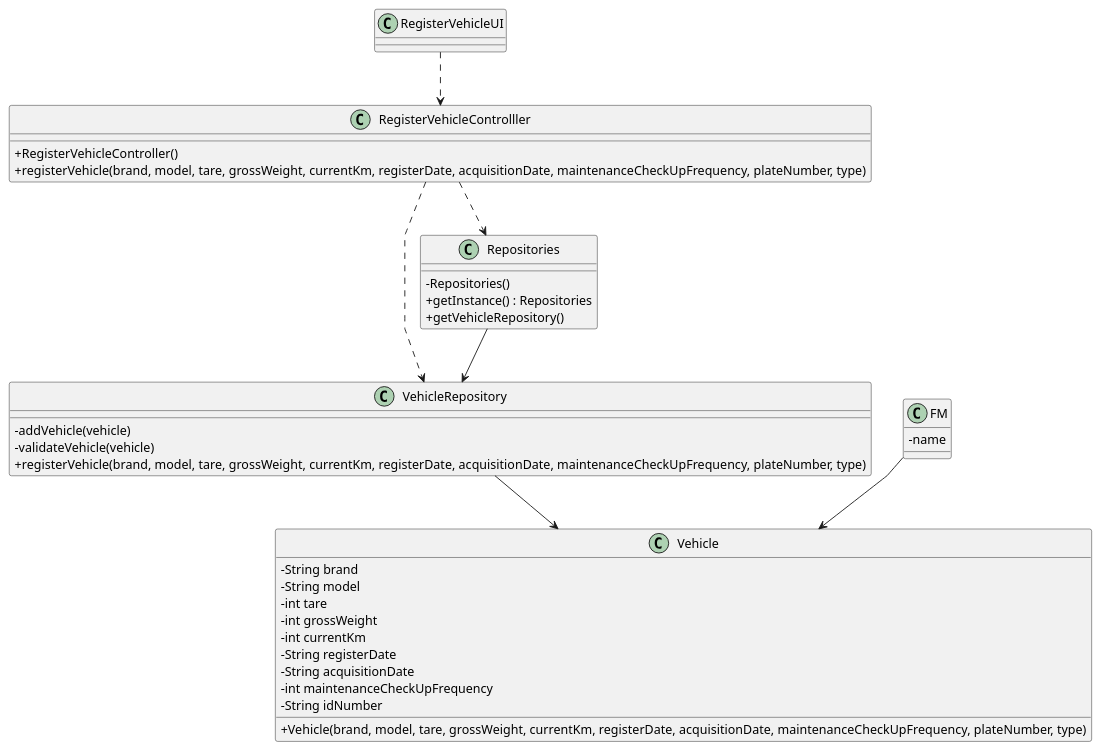
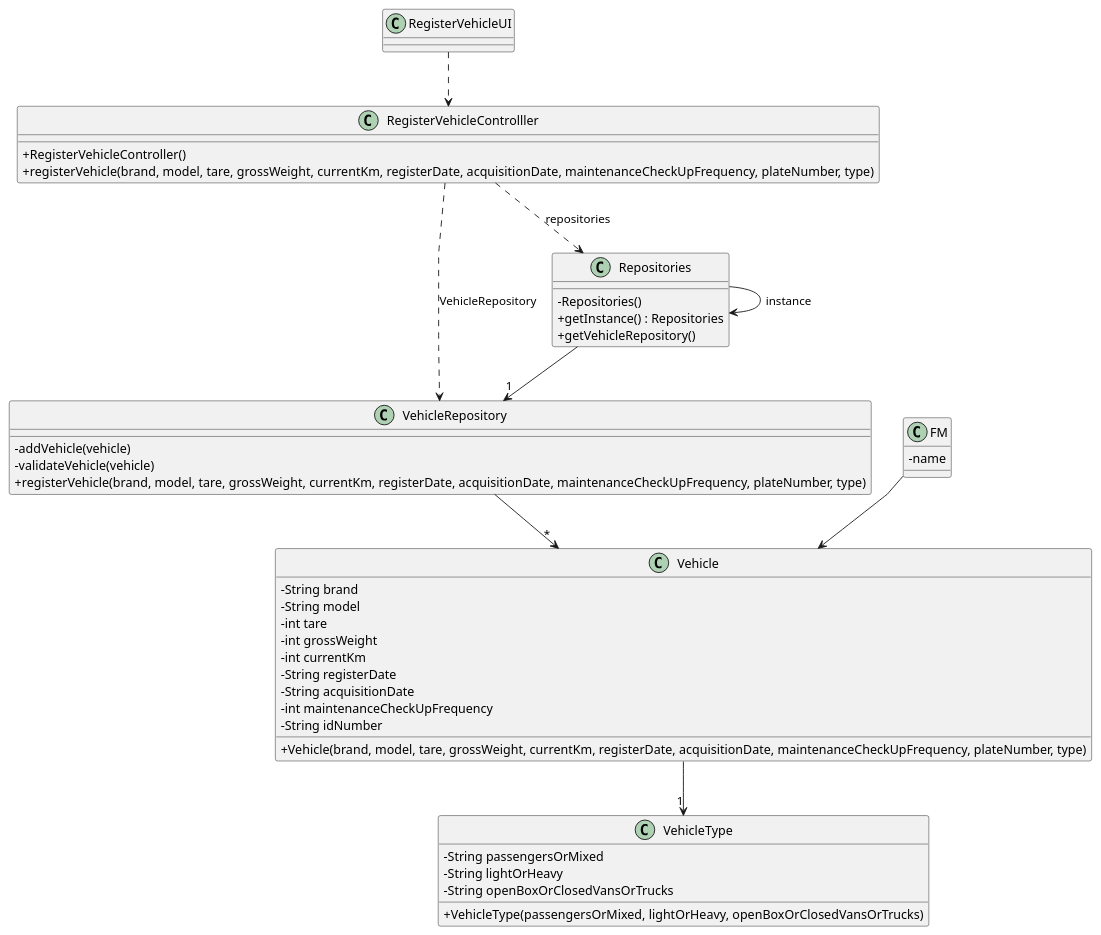
One commit to daniel41silva05/ISEP_2023_2024_LAPR2 changed the diagram in docs/sprintA&B/us006/03.design/puml/us006-class-diagram.puml. Above: the diagram before and after it, drawn with PlantUML. The commit also changed 2 other files, not shown here.

Commit message:
ED-20 US06 - VehicleType class implementation and Class diagram update

```diff
--- a/docs/sprintA&B/us006/03.design/puml/us006-class-diagram.puml
+++ b/docs/sprintA&B/us006/03.design/puml/us006-class-diagram.puml
@@ -1,58 +1,67 @@
 @startuml
 'skinparam monochrome true
 skinparam packageStyle rectangle
 skinparam shadowing false
 skinparam linetype polyline
 'skinparam linetype orto
 
 skinparam classAttributeIconSize 0
 
 'left to right direction
 
 class RegisterVehicleUI {
 
 }
 
 class RegisterVehicleControlller {
     +RegisterVehicleController()
     +registerVehicle(brand, model, tare, grossWeight, currentKm, registerDate, acquisitionDate, maintenanceCheckUpFrequency, plateNumber, type)
 }
 
 class VehicleRepository {
     -addVehicle(vehicle)
     -validateVehicle(vehicle)
     +registerVehicle(brand, model, tare, grossWeight, currentKm, registerDate, acquisitionDate, maintenanceCheckUpFrequency, plateNumber, type)
 }
 
 class Vehicle {
     -String brand
     -String model
     -int tare
     -int grossWeight
     -int currentKm
     -String registerDate
     -String acquisitionDate
     -int maintenanceCheckUpFrequency
     -String idNumber
     +Vehicle(brand, model, tare, grossWeight, currentKm, registerDate, acquisitionDate, maintenanceCheckUpFrequency, plateNumber, type)
 
 }
 
+class VehicleType {
+    -String passengersOrMixed
+    -String lightOrHeavy
+    -String openBoxOrClosedVansOrTrucks
+    +VehicleType(passengersOrMixed, lightOrHeavy, openBoxOrClosedVansOrTrucks)
+}
+
 class FM {
     - name
 }
 
 class Repositories {
     - Repositories()
     + getInstance() : Repositories
     + getVehicleRepository()
 }
 
 RegisterVehicleUI ..> RegisterVehicleControlller
-RegisterVehicleControlller ..> Repositories
-RegisterVehicleControlller ..> VehicleRepository
-VehicleRepository --> Vehicle
+RegisterVehicleControlller ..> Repositories: repositories
+RegisterVehicleControlller ..> VehicleRepository: VehicleRepository
+Repositories --> Repositories: instance
+Repositories --> "1" VehicleRepository
+VehicleRepository --> "*" Vehicle
+Vehicle --> "1" VehicleType
 FM --> Vehicle
-Repositories --> VehicleRepository
 
 @enduml
```
